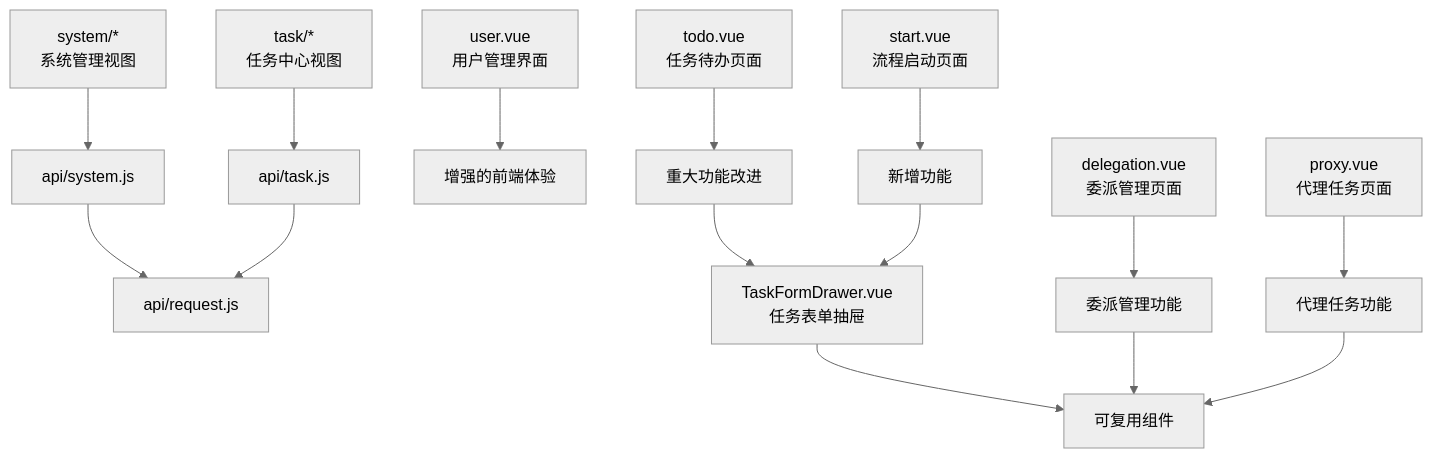
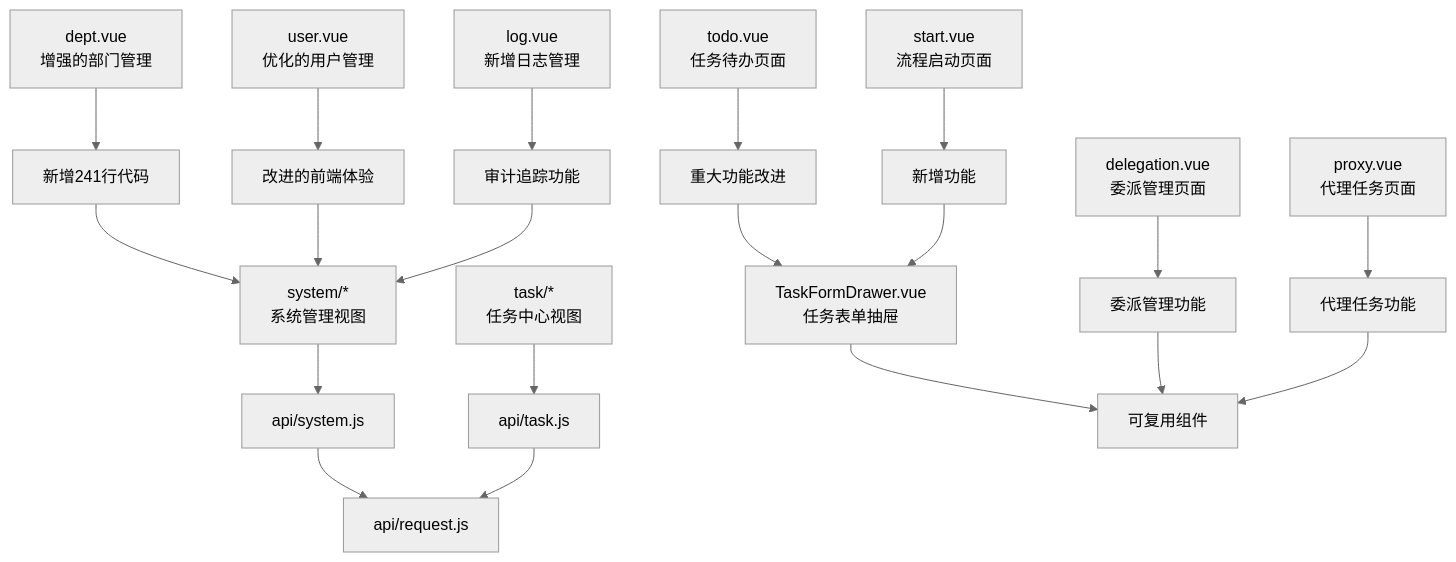
Before and after one commit to liming-lihaini/workflow: the eighth of 15 diagrams in .qoder/repowiki/zh/content/用户界面设计/用户界面设计.md, drawn with Mermaid (neutral theme). The commit also changed other lines of this file and 31 other files, not shown here.

````diff
--- a/.qoder/repowiki/zh/content/用户界面设计/用户界面设计.md
+++ b/.qoder/repowiki/zh/content/用户界面设计/用户界面设计.md
@@ -423,17 +435,22 @@
 ```mermaid
 graph TB
 SYS["system/*<br/>系统管理视图"] --> API_SYS["api/system.js"]
 TASK["task/*<br/>任务中心视图"] --> API_TASK["api/task.js"]
 API_SYS --> REQ["api/request.js"]
 API_TASK --> REQ
-USER_VUE["user.vue<br/>用户管理界面"] --> ENHANCED_UI["增强的前端体验"]
+DEPT_ENHANCED["dept.vue<br/>增强的部门管理"] --> NEW_FEATURES["新增241行代码"]
+USER_IMPROVED["user.vue<br/>优化的用户管理"] --> ENHANCED_UI["改进的前端体验"]
+LOG_NEW["log.vue<br/>新增日志管理"] --> AUDIT_FEATURES["审计追踪功能"]
 TASK_TODO["todo.vue<br/>任务待办页面"] --> TASK_ENHANCE["重大功能改进"]
 TASK_START["start.vue<br/>流程启动页面"] --> NEW_FEATURE["新增功能"]
 TASK_DELEGATION["delegation.vue<br/>委派管理页面"] --> DELEGATION_FEATURE["委派管理功能"]
 TASK_PROXY["proxy.vue<br/>代理任务页面"] --> PROXY_FEATURE["代理任务功能"]
 TASK_DRAWER["TaskFormDrawer.vue<br/>任务表单抽屉"] --> TASK_COMPONENT["可复用组件"]
 TASK_ENHANCE --> TASK_DRAWER
 NEW_FEATURE --> TASK_DRAWER
 DELEGATION_FEATURE --> TASK_COMPONENT
 PROXY_FEATURE --> TASK_COMPONENT
+NEW_FEATURES --> SYS
+ENHANCED_UI --> SYS
+AUDIT_FEATURES --> SYS
 ```
````
